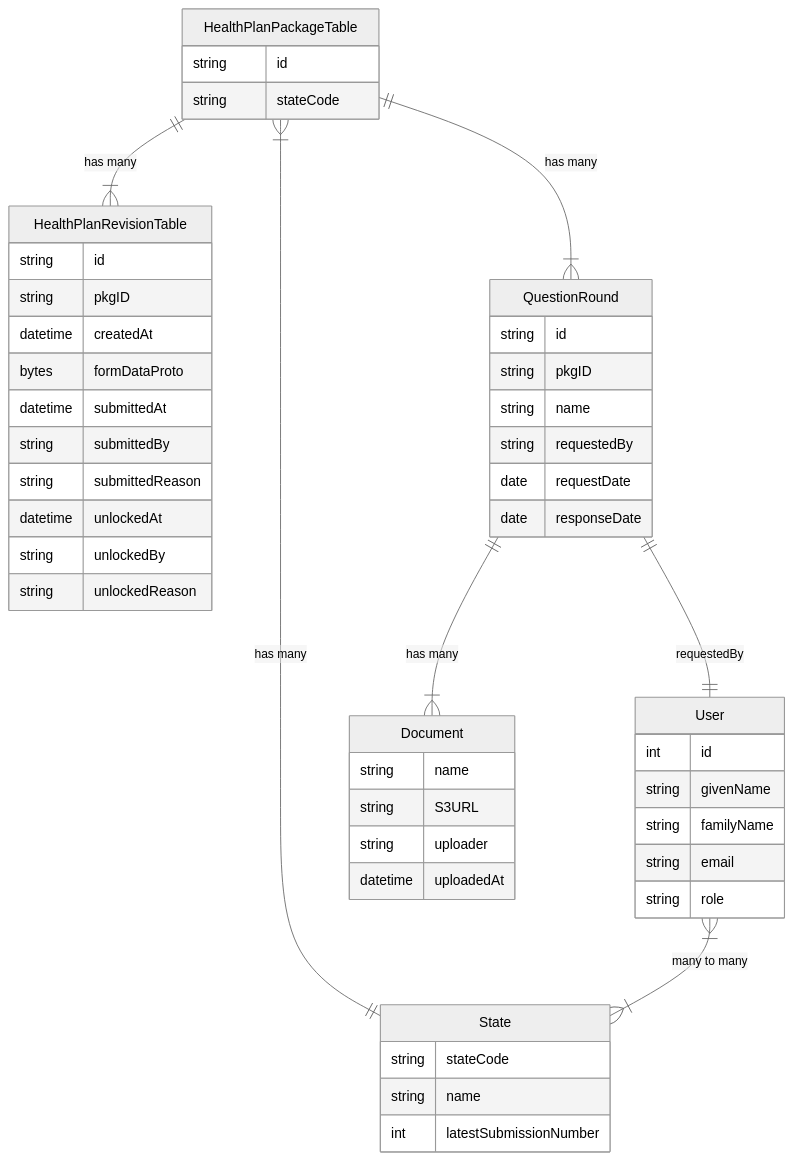
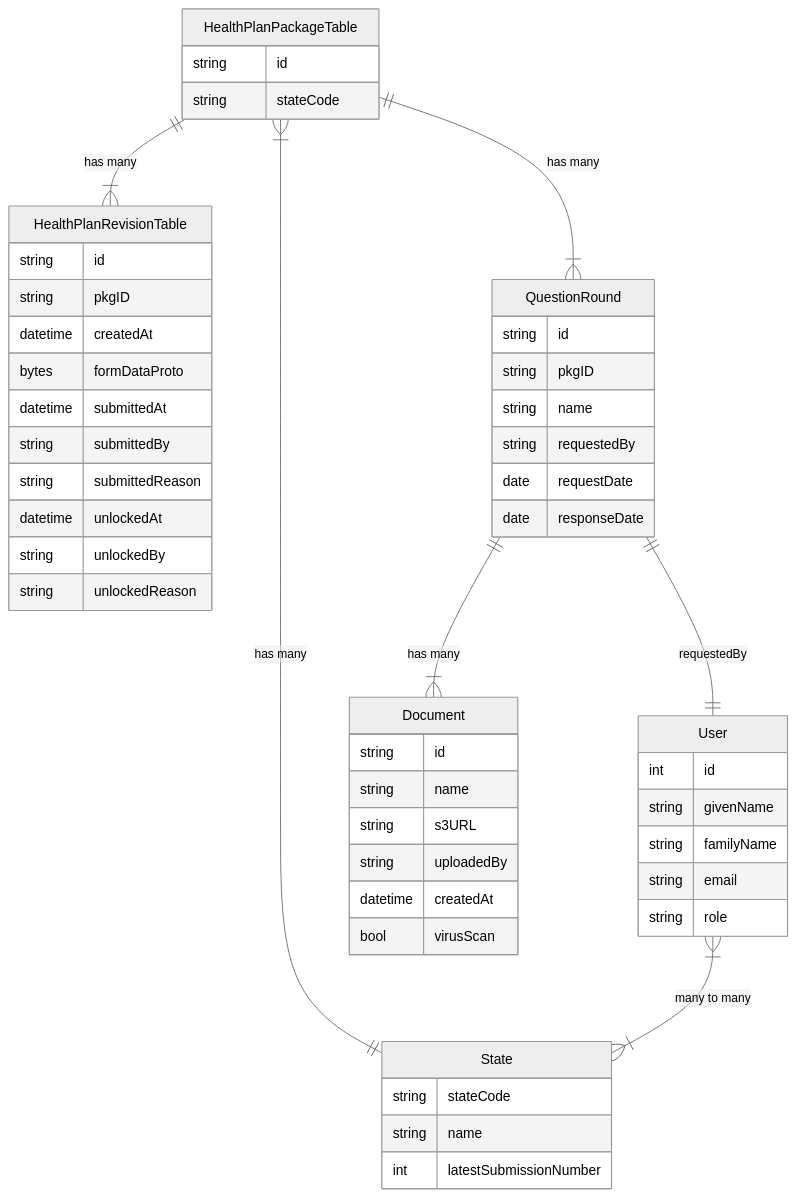
Before and after one commit to Enterprise-CMCS/managed-care-review: the second of 2 diagrams in docs/technical-design/database-diagram.md, drawn with Mermaid (neutral theme). The commit also changed other lines of this file, not shown here.

````diff
--- a/docs/technical-design/database-diagram.md
+++ b/docs/technical-design/database-diagram.md
@@ -48,63 +48,64 @@
 ```mermaid
-
 erDiagram
 
 HealthPlanPackageTable ||--|{ HealthPlanRevisionTable: "has many"
 HealthPlanPackageTable }|--|| State: "has many"
 
 HealthPlanPackageTable {
     string id
     string stateCode
 }
 
 HealthPlanRevisionTable {
     string id
     string pkgID
     datetime createdAt
     bytes   formDataProto
     datetime submittedAt
     string submittedBy
     string submittedReason
     datetime unlockedAt
     string unlockedBy
     string unlockedReason
 }
 
 State {
     string stateCode
     string name
     int latestSubmissionNumber
 }
 
 User {
     int id
     string givenName
     string familyName
     string email
     string role
 }
 
 User }|--|{ State: "many to many"
 
 QuestionRound {
     string id
     string pkgID
     string name
     string requestedBy  
     date requestDate
     date responseDate
 }
 
 QuestionRound ||--|| User: "requestedBy"            
 
 QuestionRound ||--|{ Document: "has many"
 HealthPlanPackageTable ||--|{ QuestionRound: "has many"
 
 Document {
+    string id
     string name
-    string S3URL
-    string uploader
-    datetime uploadedAt
+    string s3URL
+    string uploadedBy
+    datetime createdAt
+    bool virusScan
 }
 
 ```
````
